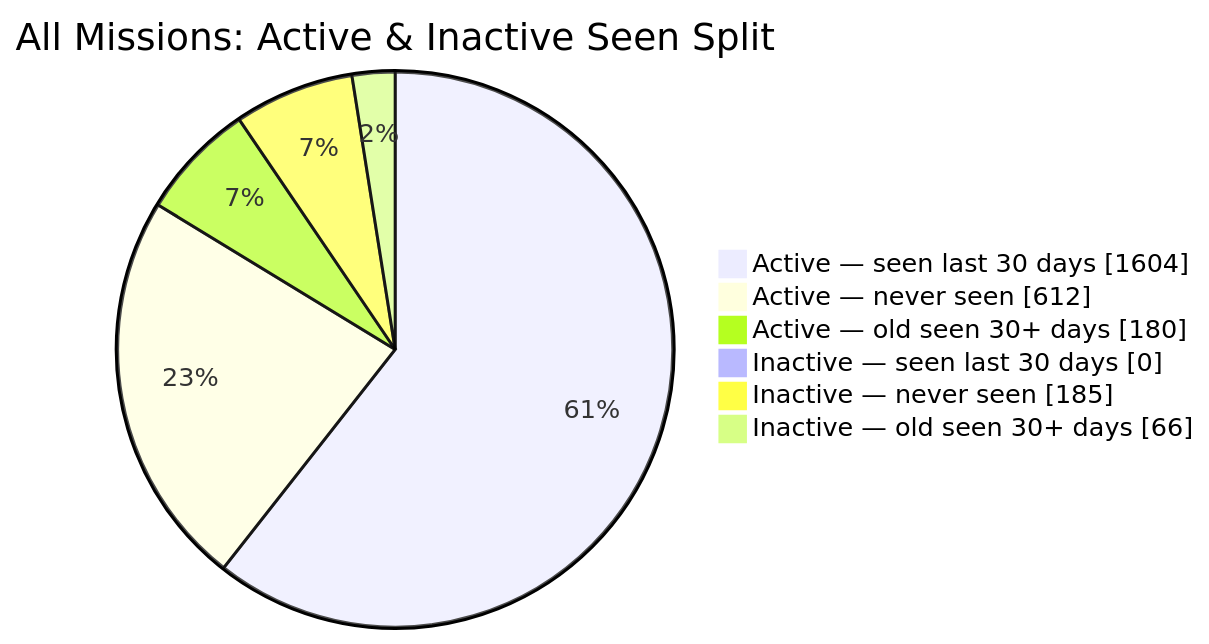
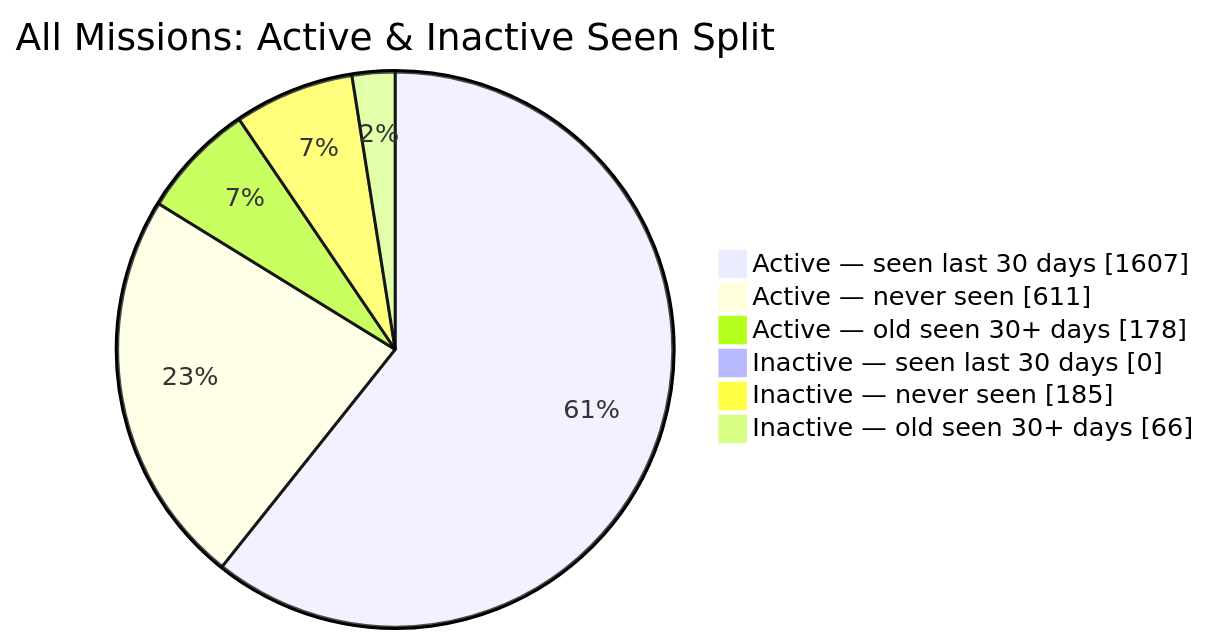
One commit to MeldkamerspelGameTeam/active-missions changed the second of 2 diagrams in README.md. Above: the diagram before and after it, drawn with Mermaid. The commit also changed other lines of this file and 4 other files, not shown here.

````diff
--- a/README.md
+++ b/README.md
@@ -44,10 +44,10 @@
 ```mermaid
 pie showData
     title All Missions: Active & Inactive Seen Split
-    "Active — seen last 30 days" : 1604
-    "Active — never seen" : 612
-    "Active — old seen 30+ days" : 180
+    "Active — seen last 30 days" : 1607
+    "Active — never seen" : 611
+    "Active — old seen 30+ days" : 178
     "Inactive — seen last 30 days" : 0
     "Inactive — never seen" : 185
     "Inactive — old seen 30+ days" : 66
 ```
````
